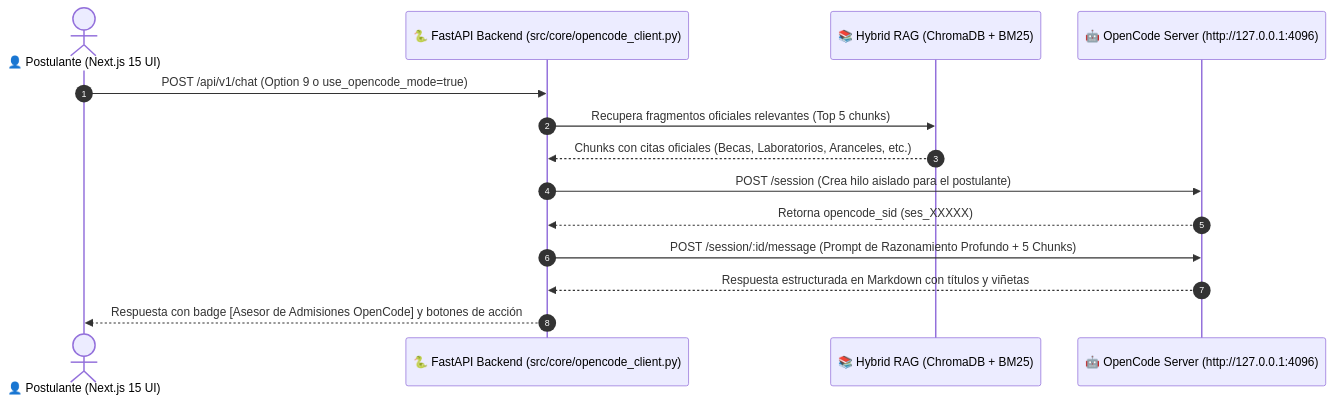
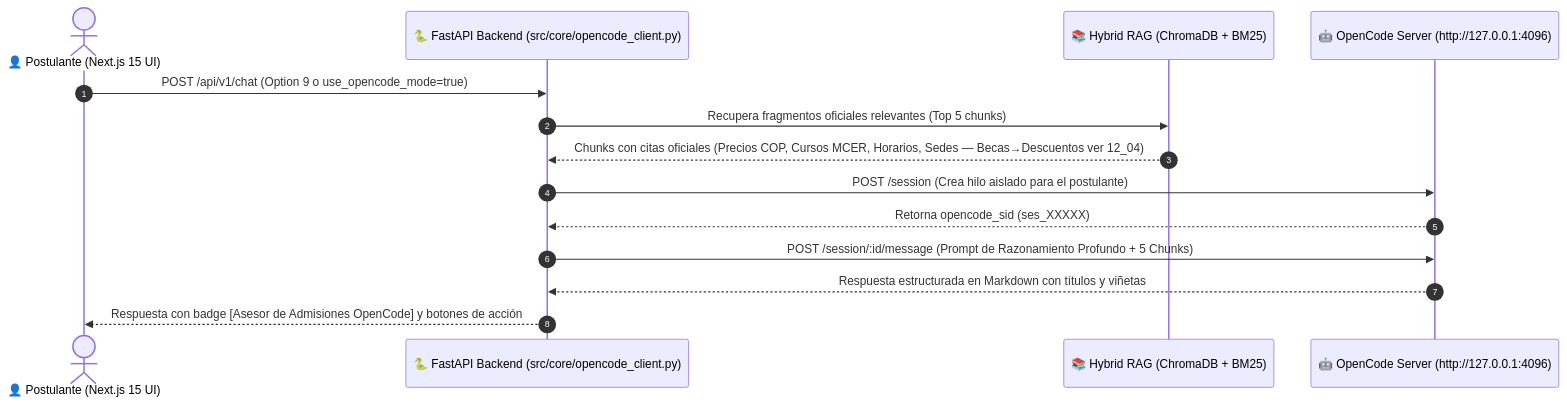
Before and after one commit to nastex123/NovaVice_os97: the diagram in docs/05-ai/opencode-integration.md, drawn with Mermaid. The commit also changed other lines of this file and 33 other files, not shown here.

First line of the commit message:
feat: fase 0-2 becas→descuentos, semantic cache, Pixi hybrid, cleanup + Ctrl+C fix

````diff
--- a/docs/05-ai/opencode-integration.md
+++ b/docs/05-ai/opencode-integration.md
@@ -22,17 +22,17 @@
 ```mermaid
 sequenceDiagram
     autonumber
     actor U as 👤 Postulante (Next.js 15 UI)
     participant P as 🐍 FastAPI Backend (src/core/opencode_client.py)
     participant R as 📚 Hybrid RAG (ChromaDB + BM25)
     participant O as 🤖 OpenCode Server (http://127.0.0.1:4096)
 
     U->>P: POST /api/v1/chat (Option 9 o use_opencode_mode=true)
     P->>R: Recupera fragmentos oficiales relevantes (Top 5 chunks)
-    R-->>P: Chunks con citas oficiales (Becas, Laboratorios, Aranceles, etc.)
+     R-->>P: Chunks con citas oficiales (Precios COP, Cursos MCER, Horarios, Sedes — Becas→Descuentos ver 12_04)
     P->>O: POST /session (Crea hilo aislado para el postulante)
     O-->>P: Retorna opencode_sid (ses_XXXXX)
     P->>O: POST /session/:id/message (Prompt de Razonamiento Profundo + 5 Chunks)
     O-->>P: Respuesta estructurada en Markdown con títulos y viñetas
     P-->>U: Respuesta con badge [Asesor de Admisiones OpenCode] y botones de acción
 ```
````
